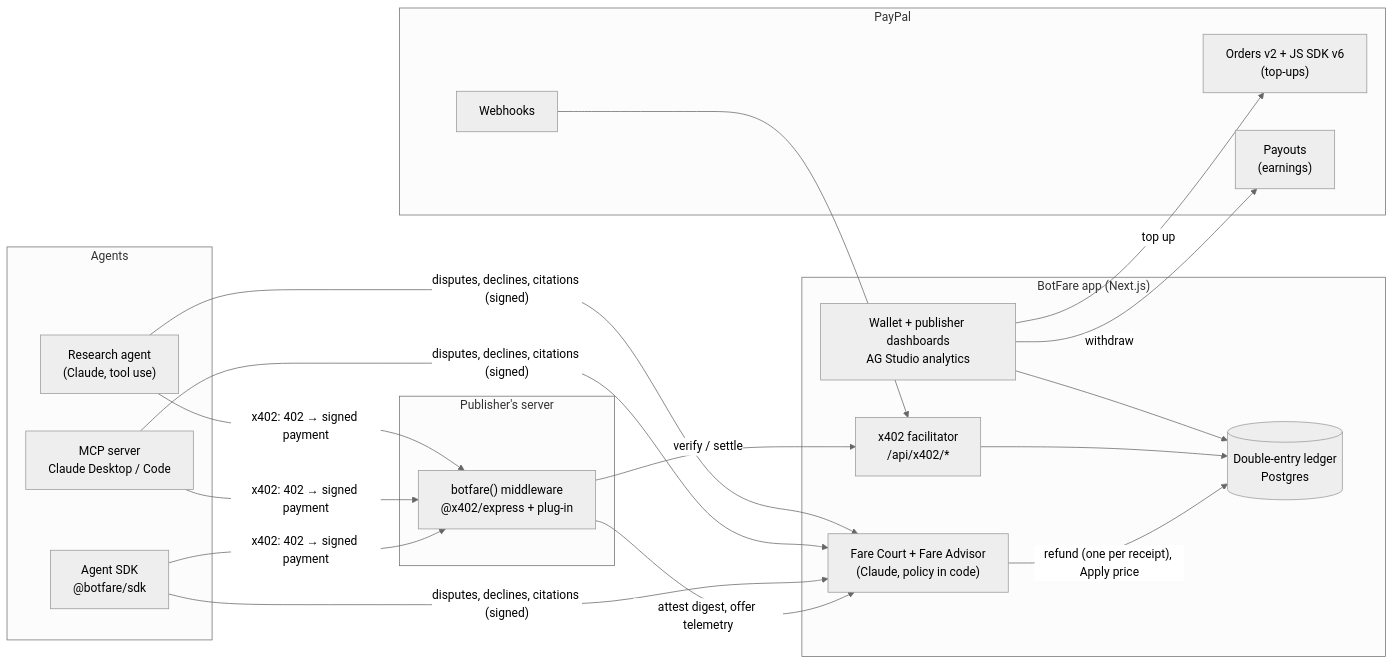
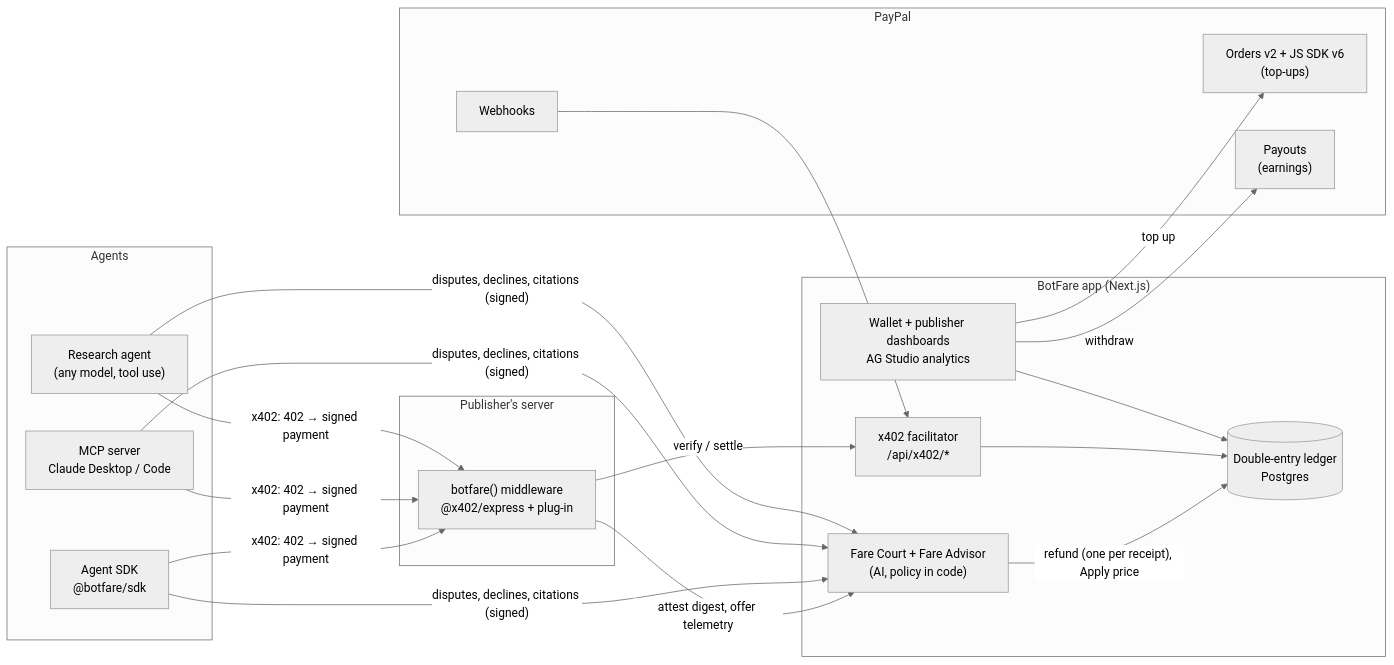
Before and after one commit to Sajjad21990/botfare: the second of 2 diagrams in README.md, drawn with Mermaid (neutral theme). The commit also changed other lines of this file and 2 other files, not shown here.

````diff
--- a/README.md
+++ b/README.md
@@ -225,32 +257,32 @@
 ```mermaid
 flowchart LR
     subgraph Agents
         SDK["Agent SDK<br/>@botfare/sdk"]
         MCP["MCP server<br/>Claude Desktop / Code"]
-        RA["Research agent<br/>(Claude, tool use)"]
+        RA["Research agent<br/>(any model, tool use)"]
     end
     subgraph Publisher["Publisher's server"]
         MW["botfare() middleware<br/>@x402/express + plug-in"]
     end
     subgraph BotFare["BotFare app (Next.js)"]
         FAC["x402 facilitator<br/>/api/x402/*"]
         LED[("Double-entry ledger<br/>Postgres")]
         DASH["Wallet + publisher dashboards<br/>AG Studio analytics"]
-        FARE["Fare Court + Fare Advisor<br/>(Claude, policy in code)"]
+        FARE["Fare Court + Fare Advisor<br/>(AI, policy in code)"]
     end
     subgraph PayPal
         ORD["Orders v2 + JS SDK v6<br/>(top-ups)"]
         PO["Payouts<br/>(earnings)"]
         WH["Webhooks"]
     end
     SDK & MCP & RA -- "x402: 402 → signed payment" --> MW
     MW -- "verify / settle" --> FAC
     MW -- "attest digest, offer telemetry" --> FARE
     SDK & MCP & RA -- "disputes, declines, citations (signed)" --> FARE
     FARE -- "refund (one per receipt), Apply price" --> LED
     FAC --> LED
     DASH --> LED
     DASH -- "top up" --> ORD
     DASH -- "withdraw" --> PO
     WH --> FAC
 ```
````
